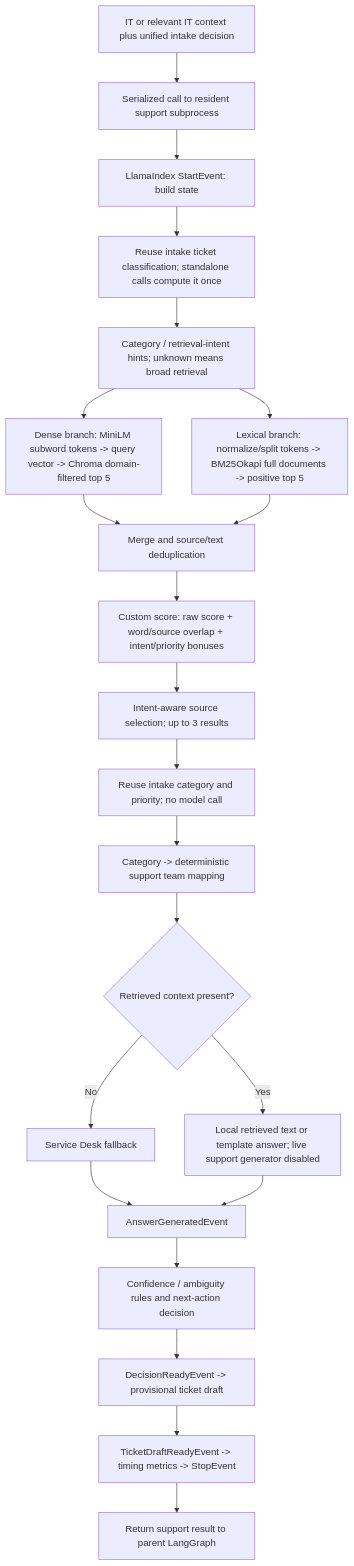
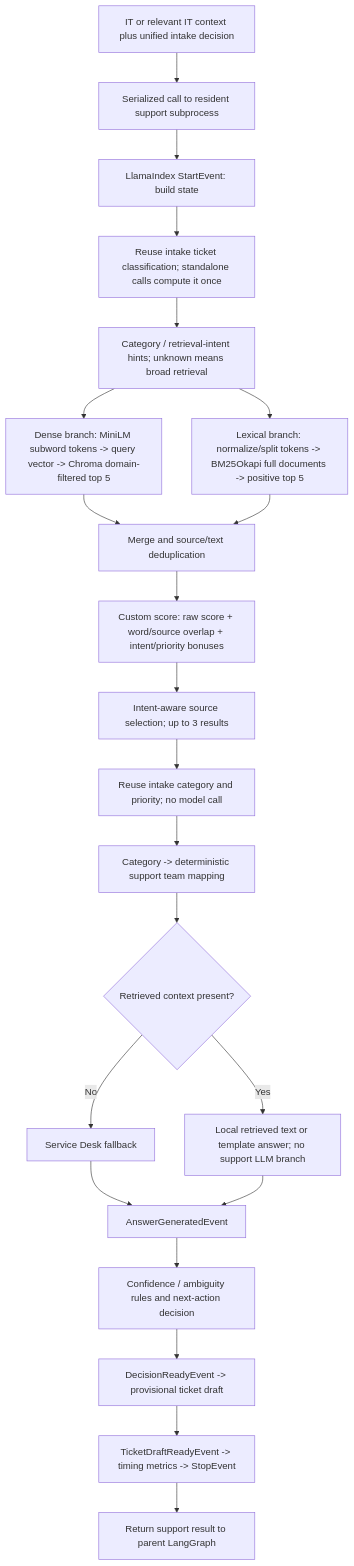
One commit to swathiblrs/Agentic-RAG-Support-Automation-Platform changed the fourth of 6 diagrams in platform/END_TO_END_FLOW.md. Above: the diagram before and after it, drawn with Mermaid. The commit also changed other lines of this file and 34 other files, not shown here.

````diff
--- a/platform/END_TO_END_FLOW.md
+++ b/platform/END_TO_END_FLOW.md
@@ -78,24 +80,24 @@
 ```mermaid
 flowchart TD
   A["IT or relevant IT context plus unified intake decision"] --> D["Serialized call to resident support subprocess"]
   D --> E["LlamaIndex StartEvent: build state"]
   E --> F["Reuse intake ticket classification; standalone calls compute it once"]
   F --> G["Category / retrieval-intent hints; unknown means broad retrieval"]
   G --> H["Dense branch: MiniLM subword tokens -> query vector -> Chroma domain-filtered top 5"]
   G --> I["Lexical branch: normalize/split tokens -> BM25Okapi full documents -> positive top 5"]
   H --> J["Merge and source/text deduplication"]
   I --> J
   J --> K["Custom score: raw score + word/source overlap + intent/priority bonuses"]
   K --> L["Intent-aware source selection; up to 3 results"]
   L --> M["Reuse intake category and priority; no model call"]
   M --> N["Category -> deterministic support team mapping"]
   N --> O{"Retrieved context present?"}
   O -->|"No"| P["Service Desk fallback"]
-  O -->|"Yes"| Q["Local retrieved text or template answer; live support generator disabled"]
+  O -->|"Yes"| Q["Local retrieved text or template answer; no support LLM branch"]
   P --> R["AnswerGeneratedEvent"]
   Q --> R
   R --> S["Confidence / ambiguity rules and next-action decision"]
   S --> T["DecisionReadyEvent -> provisional ticket draft"]
   T --> U["TicketDraftReadyEvent -> timing metrics -> StopEvent"]
   U --> V["Return support result to parent LangGraph"]
 ```
````
